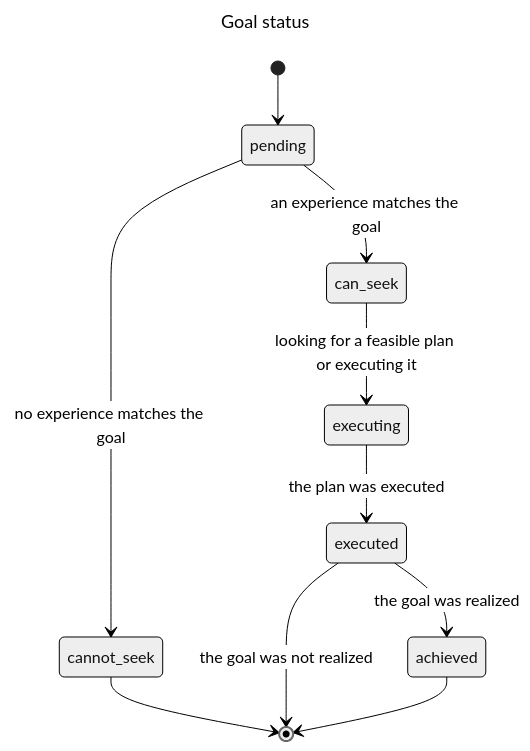
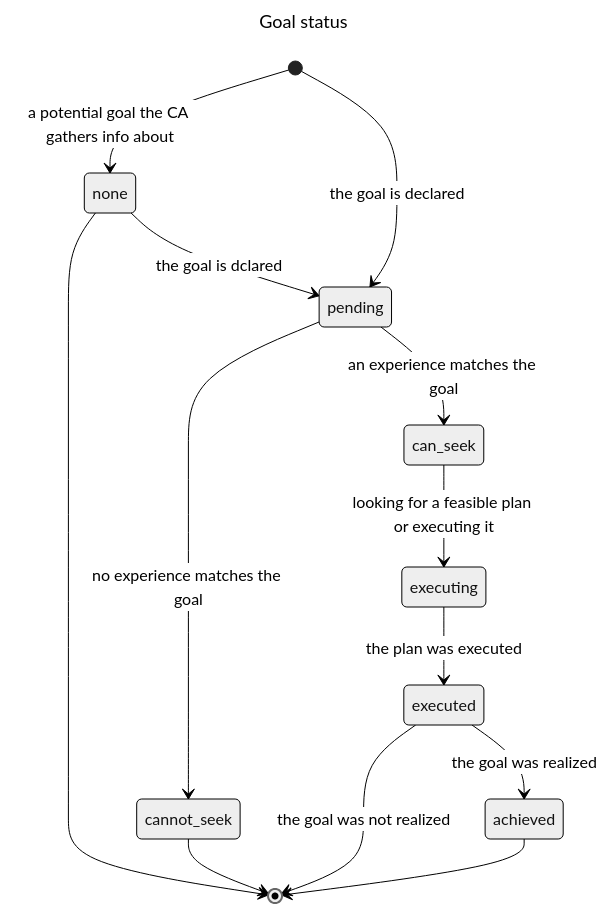
The first of 2 diagrams in design_notes/acting.md (jfcloutier/karma_system), drawn with Mermaid (neutral theme) before and after one commit. The commit also changed other lines of this file, not shown here.

````diff
--- a/design_notes/acting.md
+++ b/design_notes/acting.md
@@ -241,15 +245,18 @@
 ```mermaid
 ---
 title: Goal status
 ---
 stateDiagram-v2
-    [*] --> pending
+    [*] --> none : a potential goal the CA gathers info about
+    none --> pending : the goal is dclared
+    [*] --> pending : the goal is declared
+    none --> [*]
     pending --> can_seek : an experience matches the goal
     pending --> cannot_seek: no experience matches the goal
     cannot_seek --> [*]
     can_seek --> executing : looking for a feasible plan or executing it
     executing --> executed : the plan was executed
     executed --> achieved : the goal was realized
     executed --> [*] : the goal was not realized
     achieved --> [*]
 ```  
````
